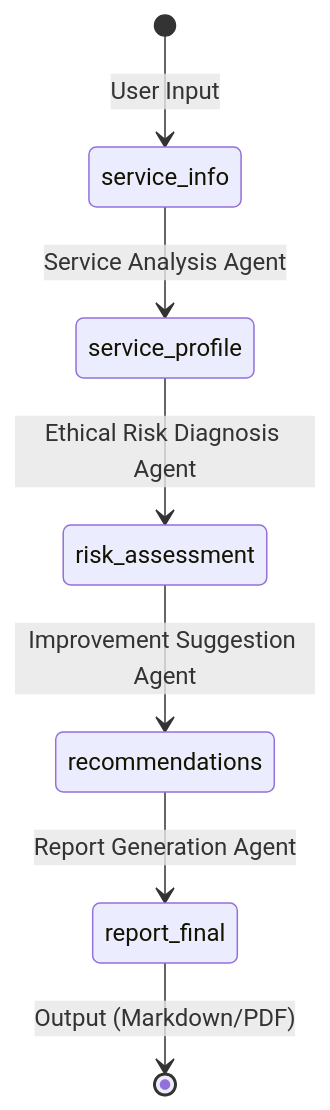
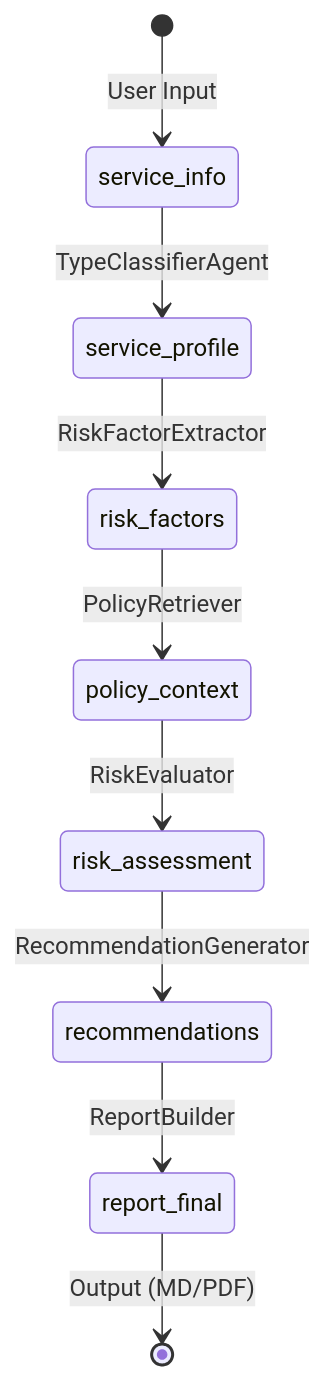
Before and after one commit to hwiyoon20010309/ai-ethics-audit-agent: the first of 2 diagrams in README.md, drawn with Mermaid. The commit also changed other lines of this file and 12 other files, not shown here.

````diff
--- a/README.md
+++ b/README.md
@@ -74,9 +86,11 @@
 ```mermaid
 stateDiagram-v2
 [*] --> service_info : User Input
-service_info --> service_profile : Service Analysis Agent
-service_profile --> risk_assessment : Ethical Risk Diagnosis Agent
-risk_assessment --> recommendations : Improvement Suggestion Agent
-recommendations --> report_final : Report Generation Agent
-report_final --> [*] : Output (Markdown/PDF)
+service_info --> service_profile : TypeClassifierAgent
+service_profile --> risk_factors : RiskFactorExtractor
+risk_factors --> policy_context : PolicyRetriever
+policy_context --> risk_assessment : RiskEvaluator
+risk_assessment --> recommendations : RecommendationGenerator
+recommendations --> report_final : ReportBuilder
+report_final --> [*] : Output (MD/PDF)
 ```
````
